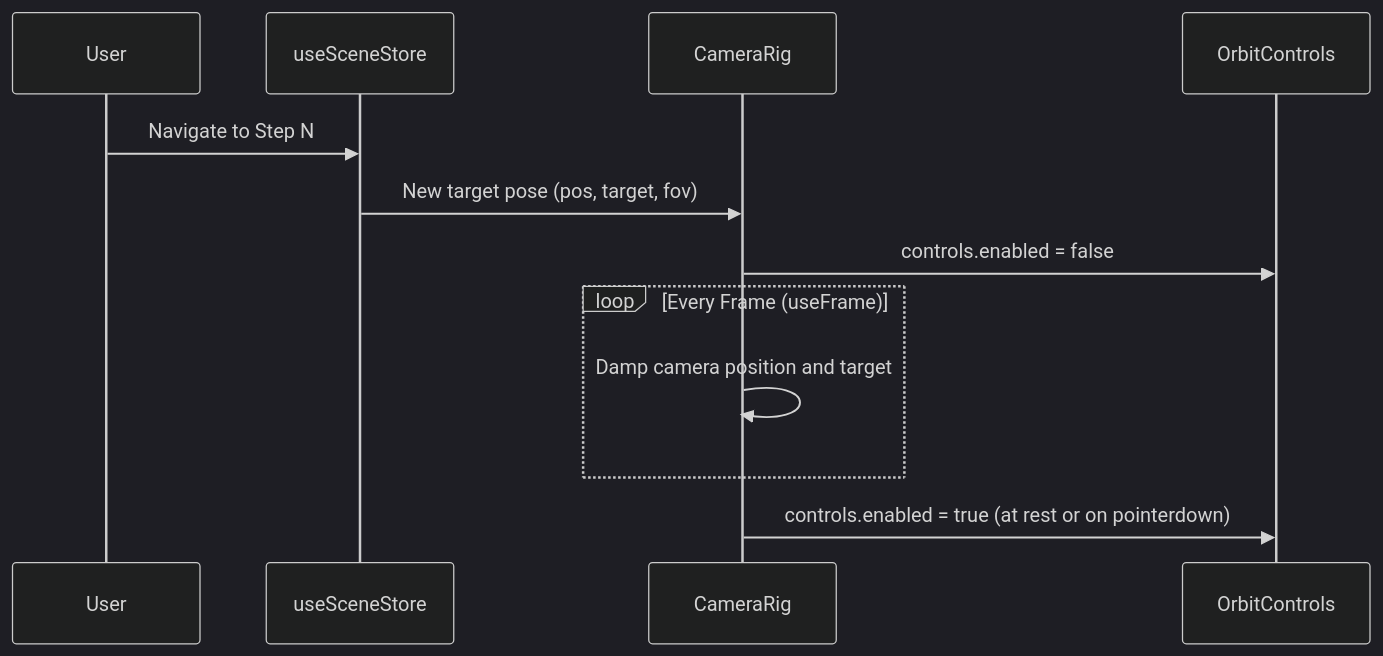
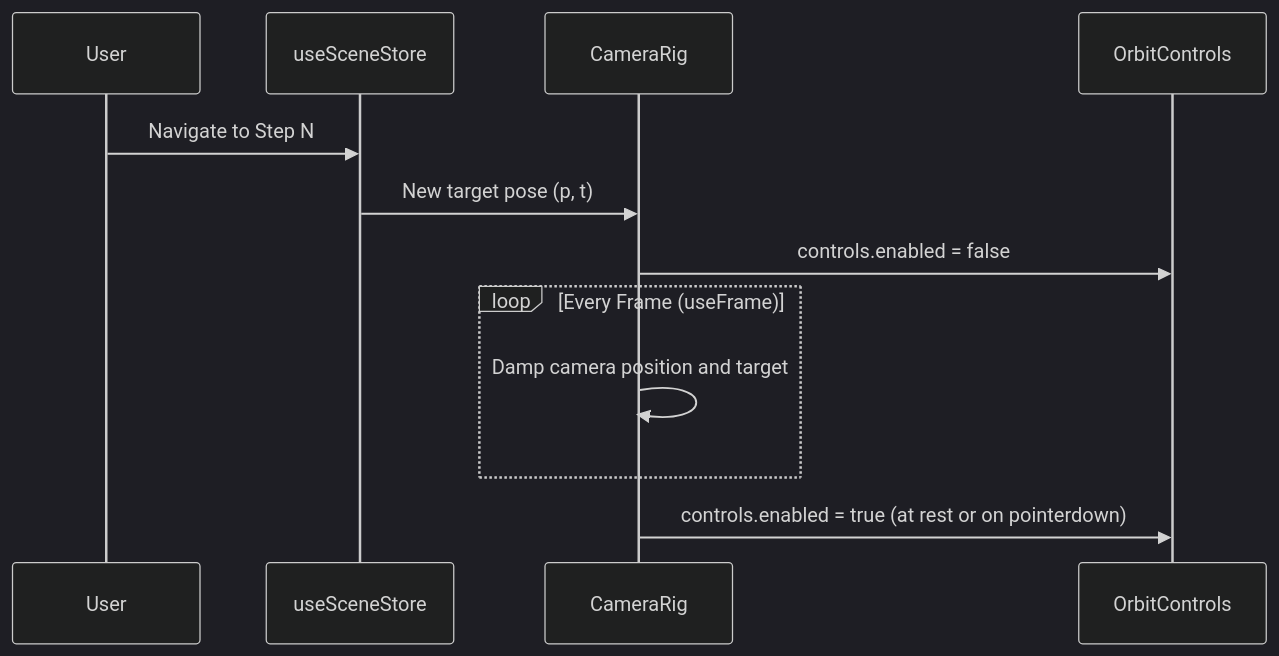
The second of 3 diagrams in docs/ARCHITECTURE.md (Mostakim2005/gpt-moe-3d-explainer), drawn with Mermaid (dark theme) before and after one commit. The commit also changed other lines of this file and 7 other files, not shown here.

````diff
--- a/docs/ARCHITECTURE.md
+++ b/docs/ARCHITECTURE.md
@@ -72,14 +72,14 @@
 ```mermaid
 sequenceDiagram
     participant User
     participant Store as useSceneStore
     participant Rig as CameraRig
     participant Orbit as OrbitControls
     User->>Store: Navigate to Step N
-    Store->>Rig: New target pose (pos, target, fov)
+    Store->>Rig: New target pose (p, t)
     Rig->>Orbit: controls.enabled = false
     loop Every Frame (useFrame)
         Rig->>Rig: Damp camera position and target
     end
     Rig->>Orbit: controls.enabled = true (at rest or on pointerdown)
 ```
````
